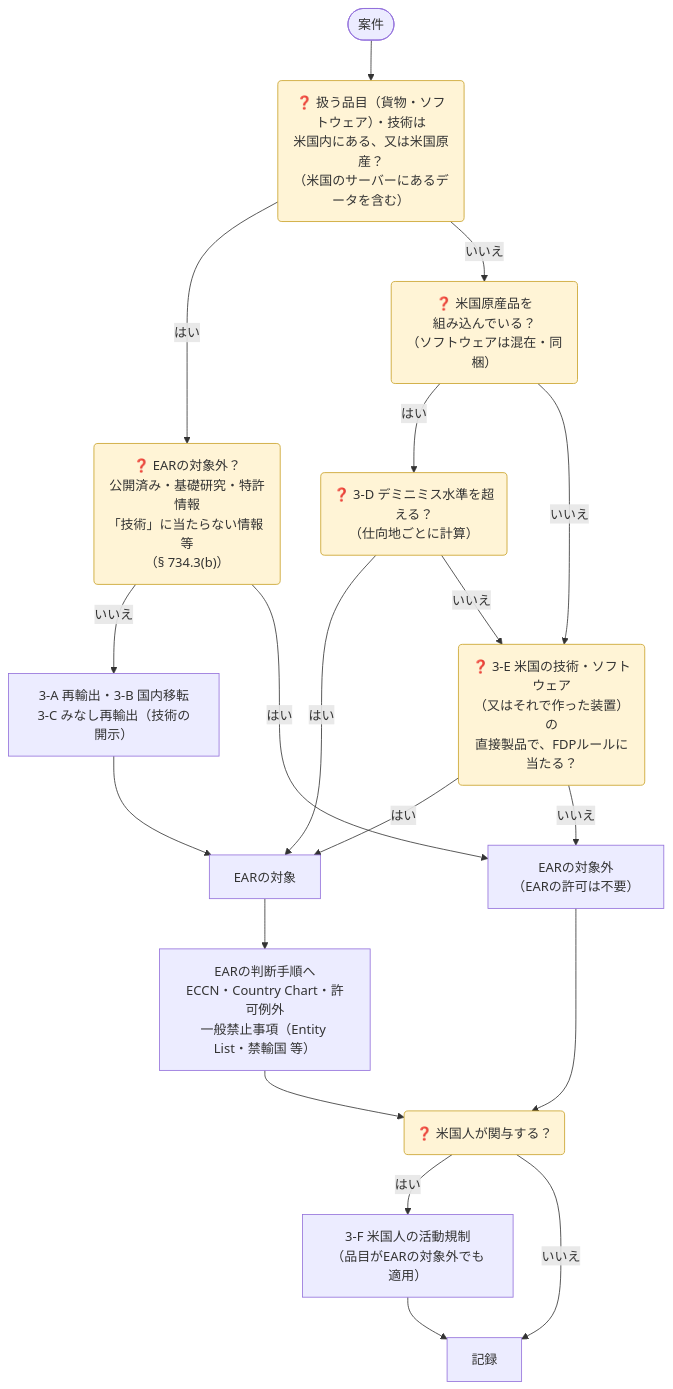
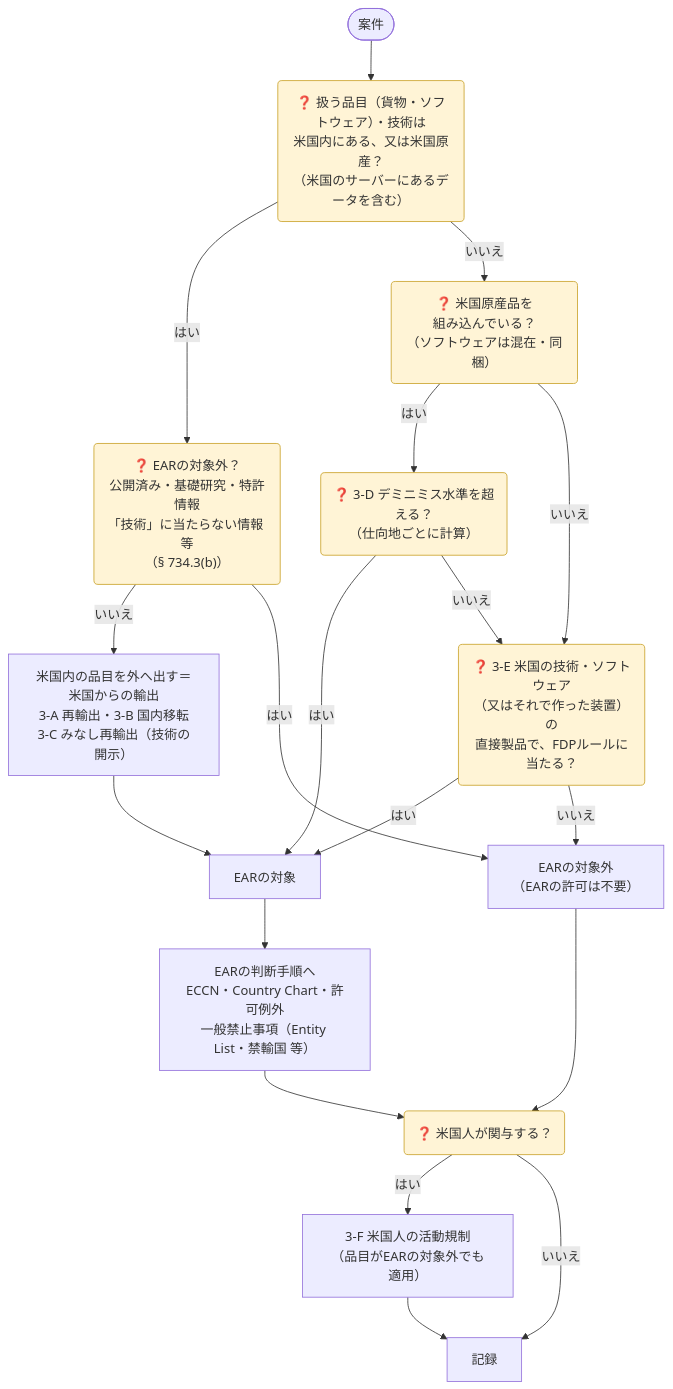
The third of 3 diagrams in content/ja/docs/01-overview/export-patterns/index.md (bamboo-go/export-control-hub), drawn with Mermaid before and after one commit. The commit also changed other lines of this file, not shown here.

Commit message:
Handle own-use cloud storage and exports out of U.S. servers in the decision flows

````diff
--- a/content/ja/docs/01-overview/export-patterns/index.md
+++ b/content/ja/docs/01-overview/export-patterns/index.md
@@ -133,23 +135,23 @@
 ```mermaid
 flowchart TD
   S(["案件"]) --> O("❓ 扱う品目（貨物・ソフトウェア）・技術は<br/>米国内にある、又は米国原産？<br/>（米国のサーバーにあるデータを含む）")
   O -- はい --> X0("❓ EARの対象外？<br/>公開済み・基礎研究・特許情報<br/>「技術」に当たらない情報 等<br/>（§ 734.3(b)）")
-  X0 -- いいえ --> O1["3-A 再輸出・3-B 国内移転<br/>3-C みなし再輸出（技術の開示）"]
+  X0 -- いいえ --> O1["米国内の品目を外へ出す＝米国からの輸出<br/>3-A 再輸出・3-B 国内移転<br/>3-C みなし再輸出（技術の開示）"]
   X0 -- はい --> NS
   O -- いいえ --> D("❓ 米国原産品を<br/>組み込んでいる？<br/>（ソフトウェアは混在・同梱）")
   D -- はい --> D1("❓ 3-D デミニミス水準を超える？<br/>（仕向地ごとに計算）")
   D -- いいえ --> F
   D1 -- はい --> SUB
   D1 -- いいえ --> F("❓ 3-E 米国の技術・ソフトウェア<br/>（又はそれで作った装置）の<br/>直接製品で、FDPルールに当たる？")
   F -- はい --> SUB["EARの対象"]
   F -- いいえ --> NS["EARの対象外<br/>（EARの許可は不要）"]
   O1 --> SUB
   SUB --> J["EARの判断手順へ<br/>ECCN・Country Chart・許可例外<br/>一般禁止事項（Entity List・禁輸国 等）"]
   J --> M("❓ 米国人が関与する？")
   NS --> M
   M -- はい --> F3["3-F 米国人の活動規制<br/>（品目がEARの対象外でも適用）"]
   M -- いいえ --> R["記録"]
   F3 --> R
   classDef q fill:#fff4d6,stroke:#c9a227,color:#333;
   class O,X0,D,D1,F,M q;
 ```
````
